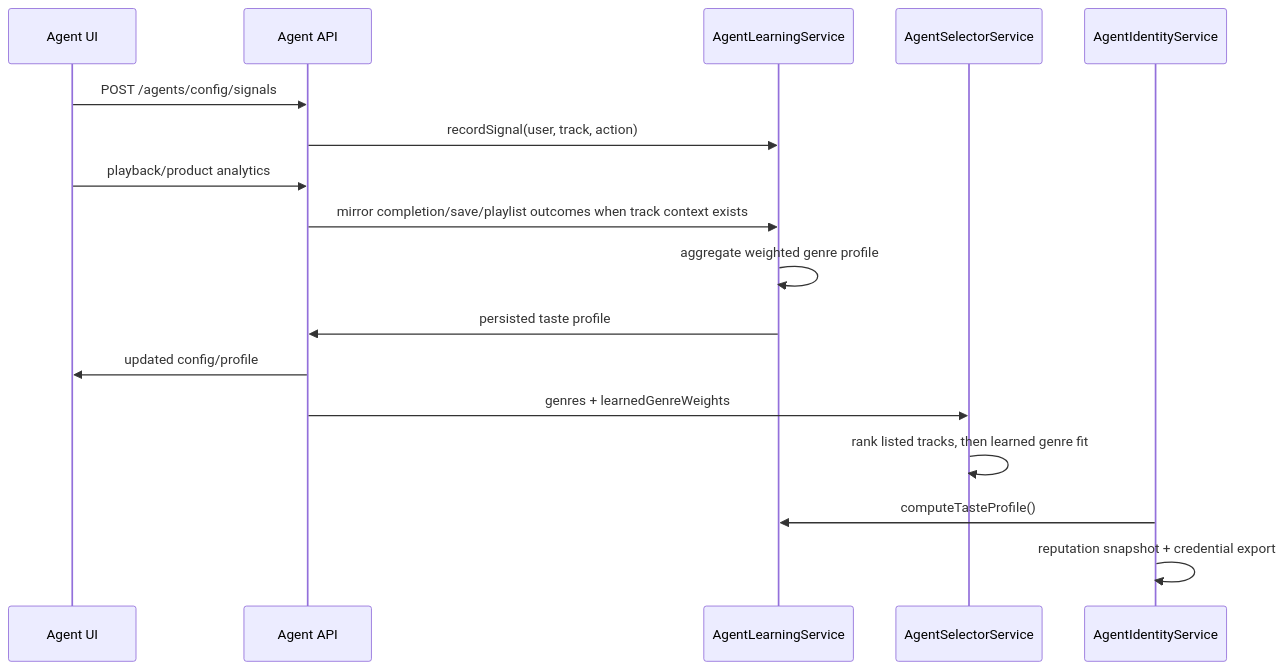
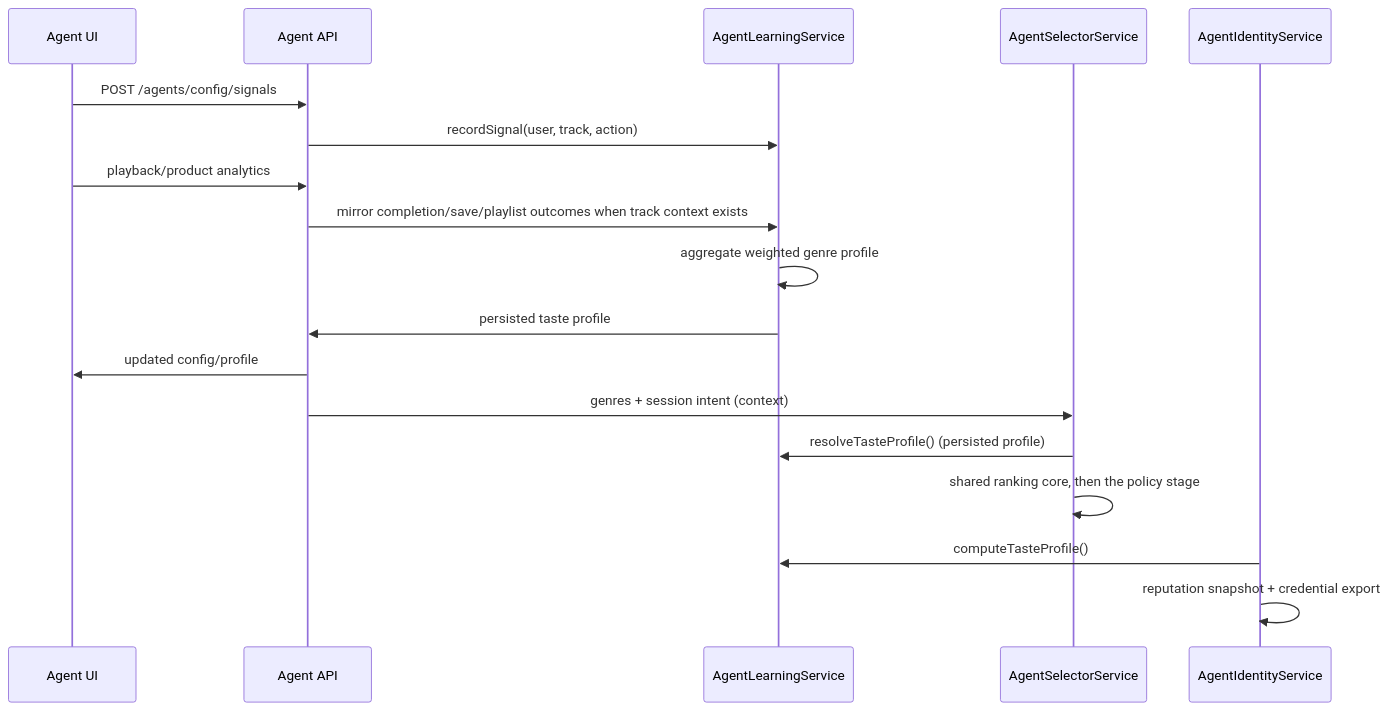
The diagram in docs/architecture/agent_learning_loop.md (akoita/resonate), drawn with Mermaid before and after one commit. The commit also changed other lines of this file and 85 other files, not shown here.

````diff
--- a/docs/architecture/agent_learning_loop.md
+++ b/docs/architecture/agent_learning_loop.md
@@ -44,20 +46,21 @@
 ```mermaid
 sequenceDiagram
   participant UI as Agent UI
   participant API as Agent API
   participant Learn as AgentLearningService
   participant Selector as AgentSelectorService
   participant Identity as AgentIdentityService
 
   UI->>API: POST /agents/config/signals
   API->>Learn: recordSignal(user, track, action)
   UI->>API: playback/product analytics
   API->>Learn: mirror completion/save/playlist outcomes when track context exists
   Learn->>Learn: aggregate weighted genre profile
   Learn->>API: persisted taste profile
   API->>UI: updated config/profile
-  API->>Selector: genres + learnedGenreWeights
-  Selector->>Selector: rank listed tracks, then learned genre fit
+  API->>Selector: genres + session intent (context)
+  Selector->>Learn: resolveTasteProfile() (persisted profile)
+  Selector->>Selector: shared ranking core, then the policy stage
   Identity->>Learn: computeTasteProfile()
   Identity->>Identity: reputation snapshot + credential export
 ```
````
